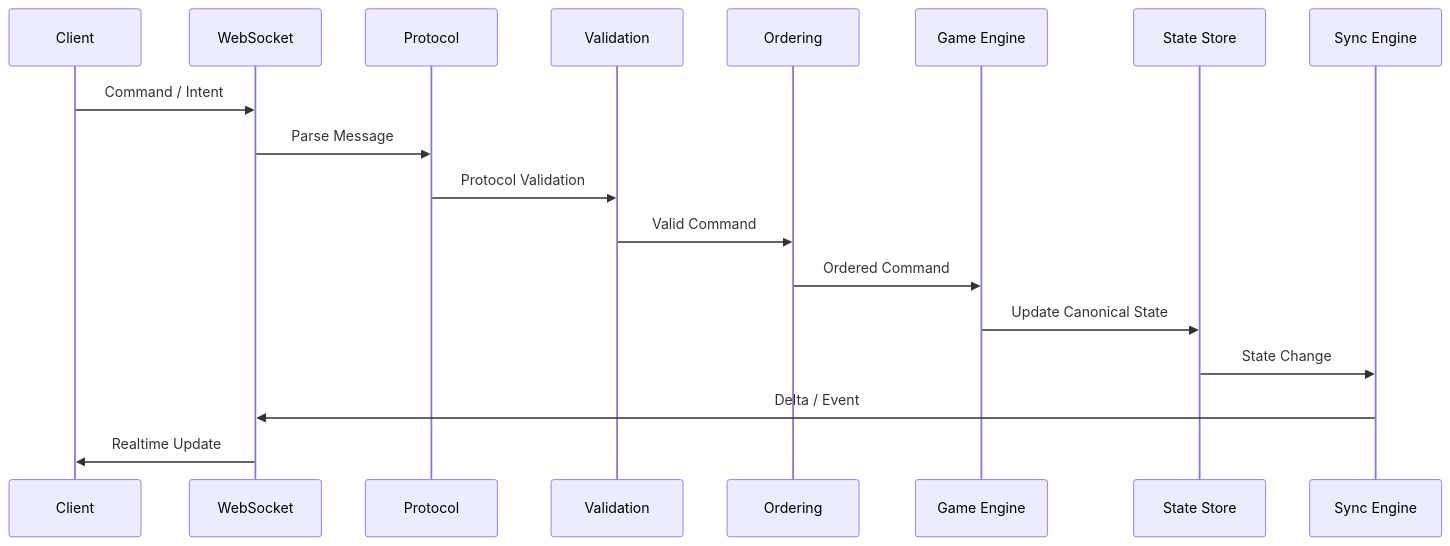
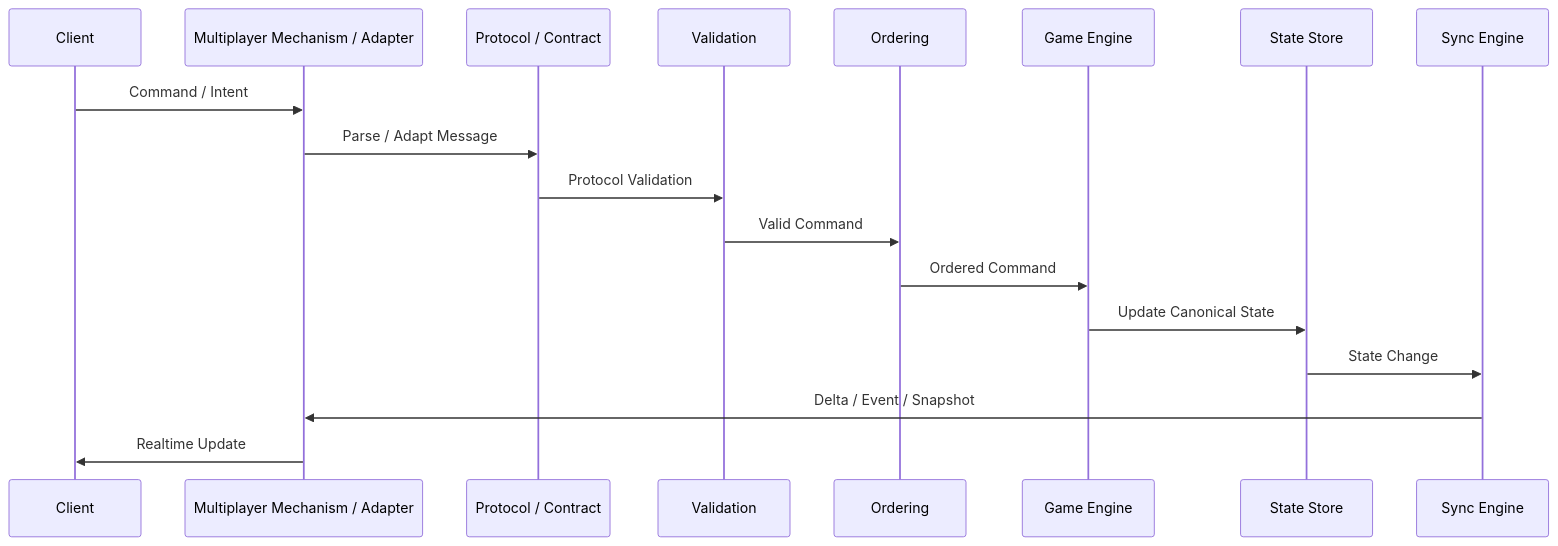
One commit to Sonsiunhan/BT01 changed the seventh of 7 diagrams in docs/02_ARCHITECTURE.md. Above: the diagram before and after it, drawn with Mermaid. The commit also changed other lines of this file and 1 other file, not shown here.

````diff
--- a/docs/02_ARCHITECTURE.md
+++ b/docs/02_ARCHITECTURE.md
@@ -1262,21 +1283,21 @@
 ```mermaid
 sequenceDiagram
     participant C as Client
-    participant W as WebSocket
-    participant P as Protocol
+    participant M as Multiplayer Mechanism / Adapter
+    participant P as Protocol / Contract
     participant V as Validation
     participant O as Ordering
     participant G as Game Engine
     participant S as State Store
     participant Y as Sync Engine
 
-    C->>W: Command / Intent
-    W->>P: Parse Message
+    C->>M: Command / Intent
+    M->>P: Parse / Adapt Message
     P->>V: Protocol Validation
     V->>O: Valid Command
     O->>G: Ordered Command
     G->>S: Update Canonical State
     S->>Y: State Change
-    Y->>W: Delta / Event
-    W->>C: Realtime Update
+    Y->>M: Delta / Event / Snapshot
+    M->>C: Realtime Update
 ```
````
